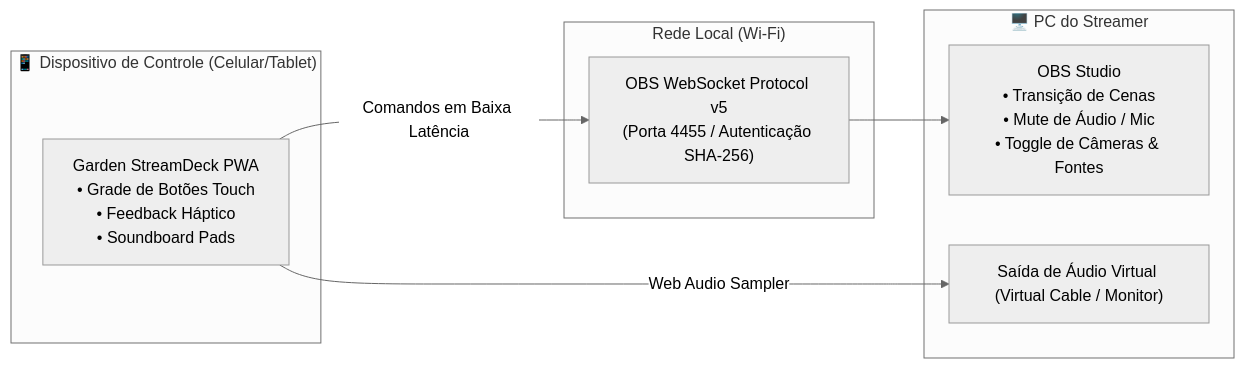
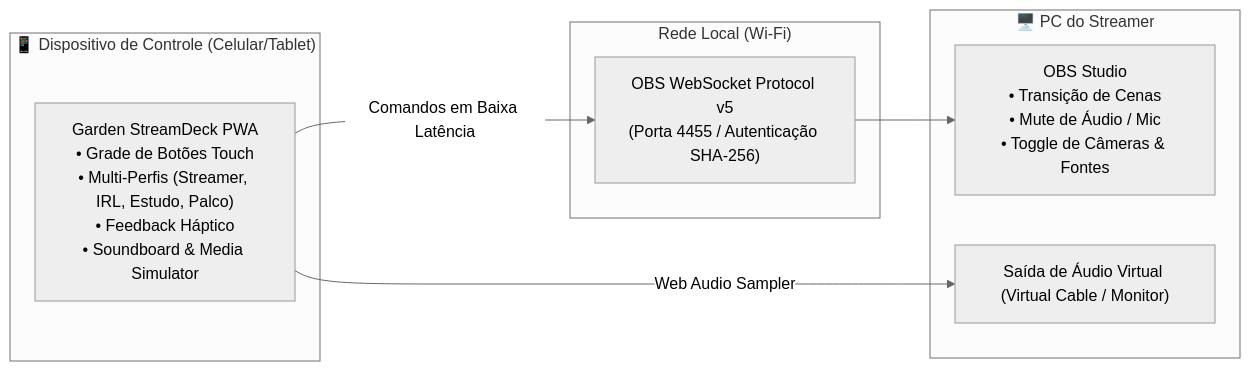
The diagram in README.md (FelipeGardenghiDev/garden-streamdeck), drawn with Mermaid (neutral theme) before and after one commit. The commit also changed other lines of this file and 6 other files, not shown here.

Commit message:
feat(ci): add unified pages deploy & android apk workflow, add irl & study multi-profiles and media key simulator

````diff
--- a/README.md
+++ b/README.md
@@ -27,18 +40,18 @@
 ```mermaid
 flowchart LR
     subgraph Mobile ["📱 Dispositivo de Controle (Celular/Tablet)"]
-        UI["Garden StreamDeck PWA<br/>• Grade de Botões Touch<br/>• Feedback Háptico<br/>• Soundboard Pads"]
+        UI["Garden StreamDeck PWA<br/>• Grade de Botões Touch<br/>• Multi-Perfis (Streamer, IRL, Estudo, Palco)<br/>• Feedback Háptico<br/>• Soundboard & Media Simulator"]
     end
 
     subgraph Network ["Rede Local (Wi-Fi)"]
         WS["OBS WebSocket Protocol v5<br/>(Porta 4455 / Autenticação SHA-256)"]
     end
 
     subgraph Desktop ["🖥️ PC do Streamer"]
         OBS["OBS Studio<br/>• Transição de Cenas<br/>• Mute de Áudio / Mic<br/>• Toggle de Câmeras & Fontes"]
         SOUND["Saída de Áudio Virtual (Virtual Cable / Monitor)"]
     end
 
     UI --> |"Comandos em Baixa Latência"| WS --> OBS
     UI --> |"Web Audio Sampler"| SOUND
 ```
````
